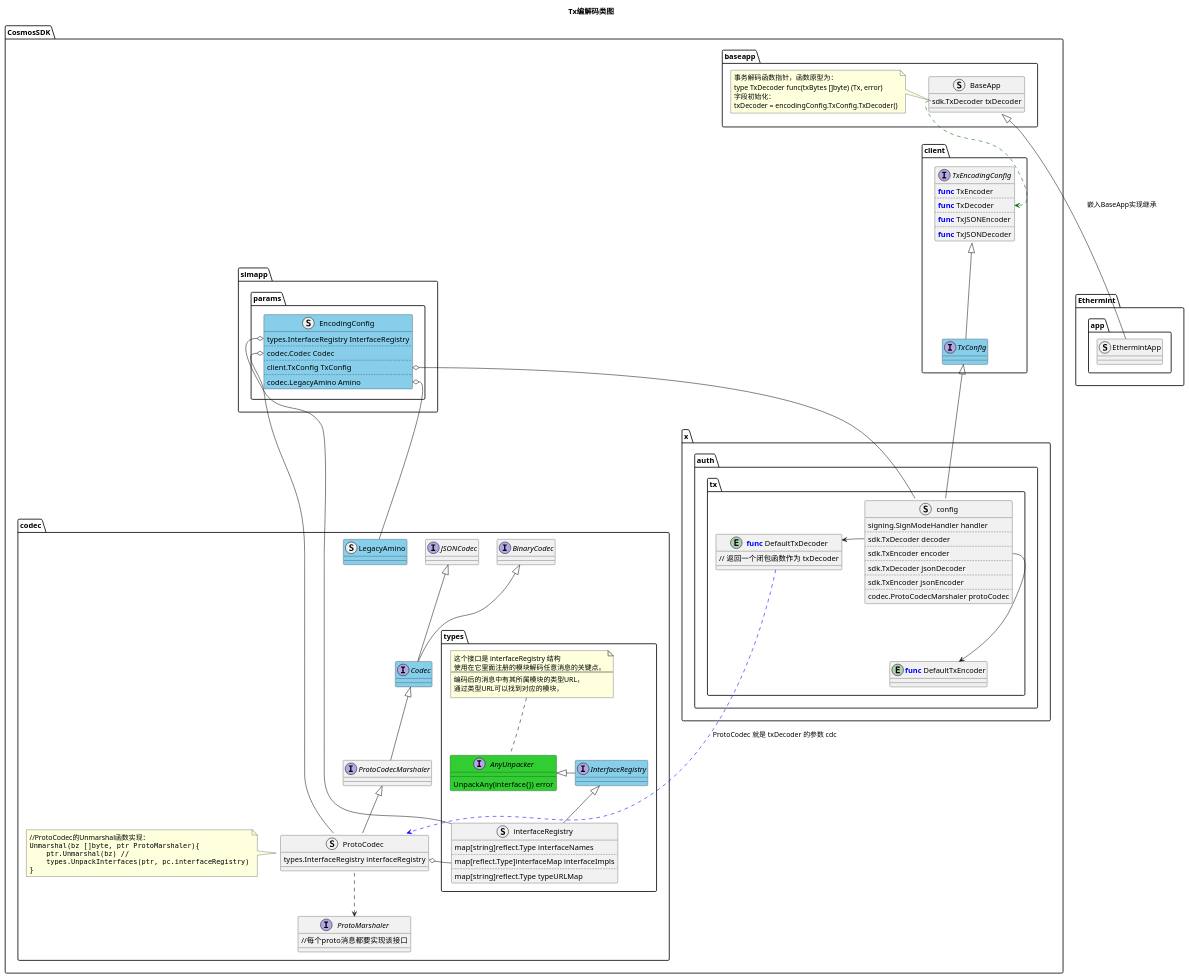
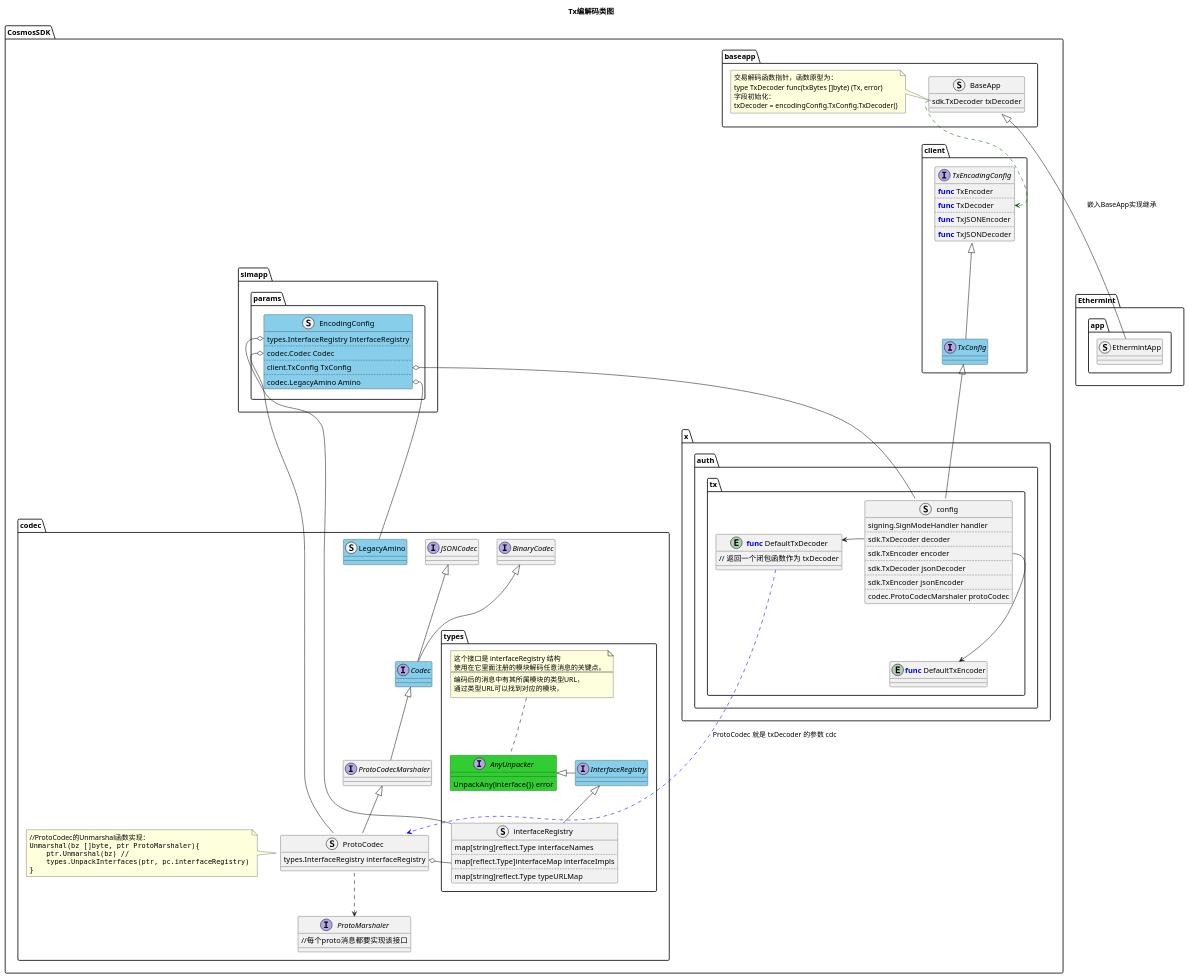
Before and after one commit to wanggeng01041454/EthermintStudyNote: the first of 3 diagrams in plantumls/102.tx编解码.puml, drawn with PlantUML. The commit also changed 8 other files, not shown here.

Commit message:
完成了 ABCI 分析文章的输出。 调整了总体架构中的分阶段图。

```diff
--- a/plantumls/102.tx编解码.puml
+++ b/plantumls/102.tx编解码.puml
@@ -2,169 +2,169 @@
 @startuml 1.tx编解码类图
     title
         Tx编解码类图
     end title
 
     'left to right direction
 
     namespace CosmosSDK {
         namespace baseapp {
             struct BaseApp {
                 sdk.TxDecoder txDecoder
             }
             note left of BaseApp::txDecoder
-                事务解码函数指针，函数原型为：
+                交易解码函数指针，函数原型为：
                 type TxDecoder func(txBytes []byte) (Tx, error)
                 字段初始化：
                 txDecoder = encodingConfig.TxConfig.TxDecoder()
             end note
         }
         namespace codec.types {
             interface AnyUnpacker #LimeGreen {
                 UnpackAny(interface{}) error
             }
             note top of AnyUnpacker
                 这个接口是 interfaceRegistry 结构
                 使用在它里面注册的模块解码任意消息的关键点。
                 ----
                 编码后的消息中有其所属模块的类型URL，
                 通过类型URL可以找到对应的模块，
             end note 
 
             interface InterfaceRegistry #SkyBlue {
 
             }
             AnyUnpacker <|- InterfaceRegistry
 
             struct interfaceRegistry {
                 map[string]reflect.Type interfaceNames
                 ....
                 map[reflect.Type]interfaceMap interfaceImpls
                 ....
                 map[string]reflect.Type typeURLMap
             }
             InterfaceRegistry <|-- interfaceRegistry
         }
 
         namespace client {
             interface TxEncodingConfig {
                 <b><color:blue>func</color></b> TxEncoder
                 ....
                 <b><color:blue>func</color></b> TxDecoder
                 ....
                 <b><color:blue>func</color></b> TxJSONEncoder
                 ....
                 <b><color:blue>func</color></b> TxJSONDecoder
             }
 
             interface TxConfig #SkyBlue {
 
             }
             TxEncodingConfig <|-- TxConfig
         }
         namespace x.auth.tx {
             struct config {
                 signing.SignModeHandler handler
                 ....
                 sdk.TxDecoder decoder
                 ....
                 sdk.TxEncoder encoder
                 ....
                 sdk.TxDecoder jsonDecoder
                 ....
                 sdk.TxEncoder jsonEncoder
                 ....
                 codec.ProtoCodecMarshaler protoCodec
             }
             entity DefaultTxDecoder as "<b><color:blue>func</color></b> DefaultTxDecoder" {
                 // 返回一个闭包函数作为 txDecoder
             }
             entity DefaultTxEncoder as "<b><color:blue>func</color></b> DefaultTxEncoder"
 
             config::decoder -> DefaultTxDecoder
             config::encoder --> DefaultTxEncoder
         }
         client.TxConfig <|-- x.auth.tx.config
 
         namespace codec {
             interface BinaryCodec {
 
             }
             interface JSONCodec {
 
             }
 
             interface Codec #SkyBlue {
 
             }
             BinaryCodec <|-- Codec
             JSONCodec <|-- Codec
 
             interface ProtoCodecMarshaler {
 
             }
             Codec <|-- ProtoCodecMarshaler
 
             interface ProtoMarshaler {
                 //每个proto消息都要实现该接口
             }
             struct ProtoCodec {
                 types.InterfaceRegistry interfaceRegistry
             }
             note left of ProtoCodec
                 //ProtoCodec的Unmarshal函数实现：
                 <code>
                 Unmarshal(bz []byte, ptr ProtoMarshaler){
                     ptr.Unmarshal(bz) // 
                     types.UnpackInterfaces(ptr, pc.interfaceRegistry)
                 }
                 </code>
             end note
             ProtoCodecMarshaler <|-- ProtoCodec
             ProtoCodec ..> ProtoMarshaler
 
             struct LegacyAmino #SkyBlue {
 
             }
         }
 
         namespace simapp.params {
             struct EncodingConfig #SkyBlue {
                 types.InterfaceRegistry InterfaceRegistry
                 ....
                 codec.Codec Codec
                 ....
                 client.TxConfig TxConfig
                 ....
                 codec.LegacyAmino Amino
             }
 
         }
         simapp.params.EncodingConfig::InterfaceRegistry o-- codec.types.interfaceRegistry
         simapp.params.EncodingConfig::TxConfig o-- x.auth.tx.config
         simapp.params.EncodingConfig::Codec o--- codec.ProtoCodec 
         simapp.params.EncodingConfig::Amino o-- codec.LegacyAmino
 
         codec.ProtoCodec::interfaceRegistry o- codec.types.interfaceRegistry
 
         baseapp.BaseApp::txDecoder .[#DarkGreen].> client.TxEncodingConfig::TxDecoder 
     
         'txDecoder的参数
         x.auth.tx.DefaultTxDecoder ..[#Blue]..> codec.ProtoCodec : ProtoCodec 就是 txDecoder 的参数 cdc
 
     }
 
     namespace Ethermint {
         namespace app {
             struct EthermintApp {
 
             }
 
             CosmosSDK.baseapp.BaseApp <|--- EthermintApp : 嵌入BaseApp实现继承
         }
 
 
 
     }
 
 
 @enduml
```
